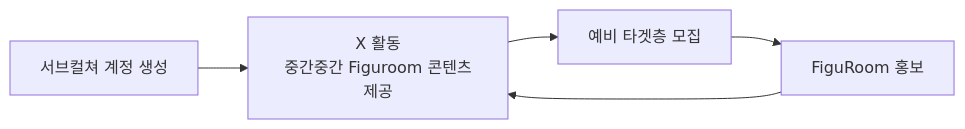
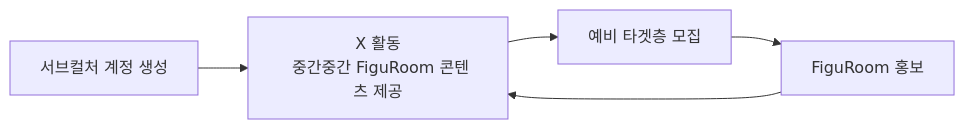
Before and after one commit to DSeung001/dseung001.github.io: the diagram in content/posts/2026/09/22/figuroom-x-recommendation/index.md, drawn with Mermaid. The commit also changed other lines of this file, not shown here.

````diff
--- a/content/posts/2026/09/22/figuroom-x-recommendation/index.md
+++ b/content/posts/2026/09/22/figuroom-x-recommendation/index.md
@@ -23,7 +23,7 @@
 ```mermaid
 flowchart LR
-  FiguRoom[서브컬쳐 계정 생성] --> XShare[X 활동<br/> 중간중간 Figuroom 콘텐츠 제공]
+  FiguRoom[서브컬처 계정 생성] --> XShare[X 활동<br/> 중간중간 FiguRoom 콘텐츠 제공]
   XShare --> CollectorIn[예비 타겟층 모집]
   CollectorIn --> FiguRoomCreate[FiguRoom 홍보]
   FiguRoomCreate --> XShare
 ```
````
